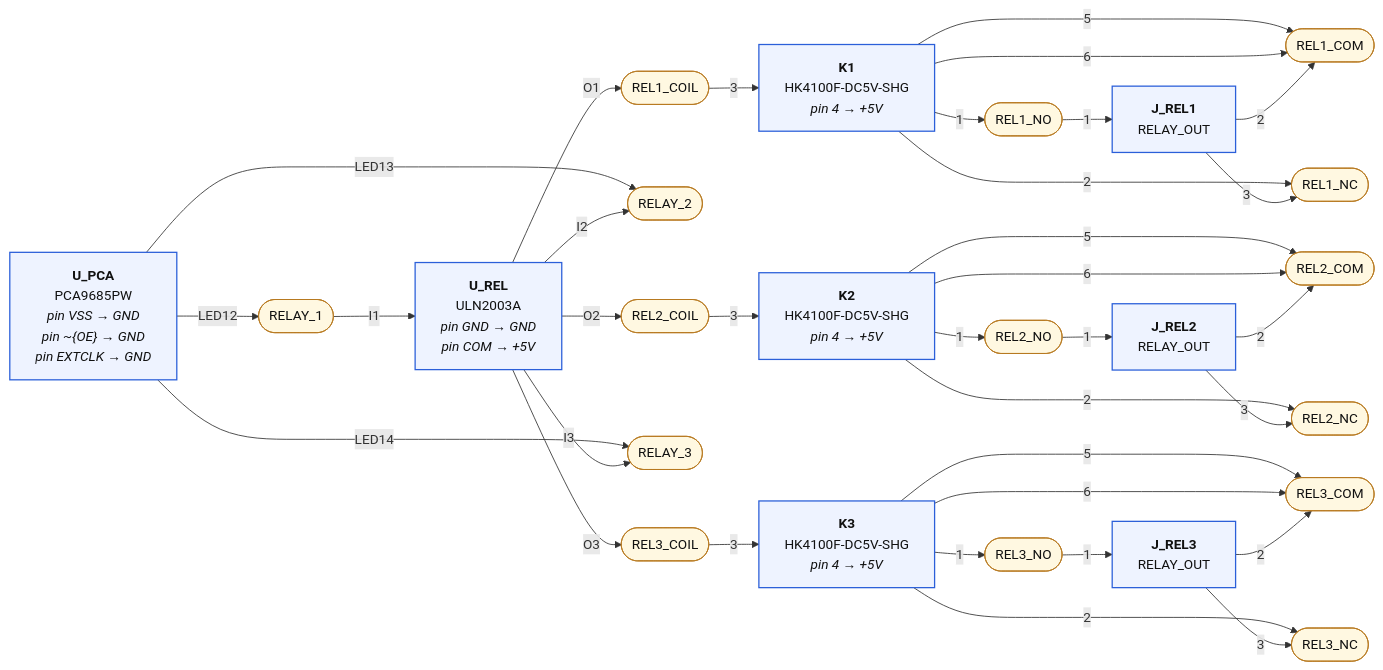
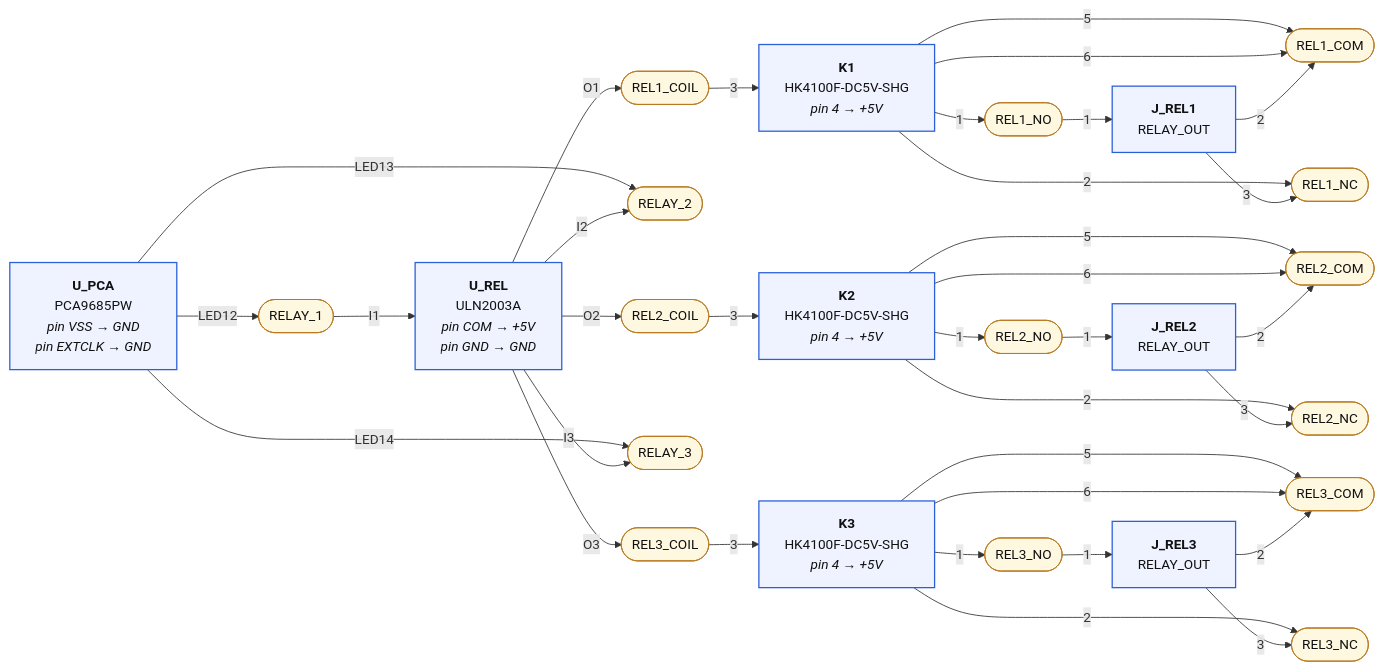
Before and after one commit to mrwillson2u/propmesh: the third of 5 diagrams in hardware/pro/sheets/03-outputs.diagram.md, drawn with Mermaid. The commit also changed other lines of this file and 59 other files, not shown here.

````diff
--- a/hardware/pro/sheets/03-outputs.diagram.md
+++ b/hardware/pro/sheets/03-outputs.diagram.md
@@ -76,66 +140,66 @@
 ```mermaid
 graph LR
   classDef part fill:#eef3ff,stroke:#2b5fd9,stroke-width:1.5px,color:#111
   classDef net fill:#fff8e1,stroke:#b7791f,color:#111
   classDef rail fill:#ffe0b2,stroke:#e65100,stroke-width:3px,color:#111,font-weight:bold
   classDef badnet fill:#ffe0e0,stroke:#c00,stroke-width:3px,color:#111,font-weight:bold
   classDef absent fill:#fff,stroke:#c00,stroke-width:2px,stroke-dasharray:6 4,color:#c00
   classDef extra fill:#ffecec,stroke:#c00,stroke-width:2px,color:#111
   classDef dnp fill:#f5f5f5,stroke:#999,stroke-dasharray:3 3,color:#666
   N_RELAY_1(["RELAY_1"]):::net
-  P_U_PCA["<b>U_PCA</b><br/>PCA9685PW<br/><i>pin VSS → GND</i><br/><i>pin ~{OE} → GND</i><br/><i>pin EXTCLK → GND</i>"]:::part
+  P_U_PCA["<b>U_PCA</b><br/>PCA9685PW<br/><i>pin VSS → GND</i><br/><i>pin EXTCLK → GND</i>"]:::part
   P_U_PCA --"LED12"--> N_RELAY_1
-  P_U_REL["<b>U_REL</b><br/>ULN2003A<br/><i>pin GND → GND</i><br/><i>pin COM → +5V</i>"]:::part
+  P_U_REL["<b>U_REL</b><br/>ULN2003A<br/><i>pin COM → +5V</i><br/><i>pin GND → GND</i>"]:::part
   N_RELAY_1 --"I1"--> P_U_REL
   N_REL1_COIL(["REL1_COIL"]):::net
   P_U_REL --"O1"--> N_REL1_COIL
   P_K1["<b>K1</b><br/>HK4100F-DC5V-SHG<br/><i>pin 4 → +5V</i>"]:::part
   N_REL1_COIL --"3"--> P_K1
   N_REL1_NO(["REL1_NO"]):::net
   P_K1 --"1"--> N_REL1_NO
   P_J_REL1["<b>J_REL1</b><br/>RELAY_OUT"]:::part
   N_REL1_NO --"1"--> P_J_REL1
   N_REL1_COM(["REL1_COM"]):::net
   P_K1 --"5"--> N_REL1_COM
   P_K1 --"6"--> N_REL1_COM
   P_J_REL1 --"2"--> N_REL1_COM
   N_REL1_NC(["REL1_NC"]):::net
   P_K1 --"2"--> N_REL1_NC
   P_J_REL1 --"3"--> N_REL1_NC
   N_RELAY_2(["RELAY_2"]):::net
   P_U_PCA --"LED13"--> N_RELAY_2
   P_U_REL --"I2"--> N_RELAY_2
   N_REL2_COIL(["REL2_COIL"]):::net
   P_U_REL --"O2"--> N_REL2_COIL
   P_K2["<b>K2</b><br/>HK4100F-DC5V-SHG<br/><i>pin 4 → +5V</i>"]:::part
   N_REL2_COIL --"3"--> P_K2
   N_REL2_NO(["REL2_NO"]):::net
   P_K2 --"1"--> N_REL2_NO
   P_J_REL2["<b>J_REL2</b><br/>RELAY_OUT"]:::part
   N_REL2_NO --"1"--> P_J_REL2
   N_REL2_COM(["REL2_COM"]):::net
   P_K2 --"5"--> N_REL2_COM
   P_K2 --"6"--> N_REL2_COM
   P_J_REL2 --"2"--> N_REL2_COM
   N_REL2_NC(["REL2_NC"]):::net
   P_K2 --"2"--> N_REL2_NC
   P_J_REL2 --"3"--> N_REL2_NC
   N_RELAY_3(["RELAY_3"]):::net
   P_U_PCA --"LED14"--> N_RELAY_3
   P_U_REL --"I3"--> N_RELAY_3
   N_REL3_COIL(["REL3_COIL"]):::net
   P_U_REL --"O3"--> N_REL3_COIL
   P_K3["<b>K3</b><br/>HK4100F-DC5V-SHG<br/><i>pin 4 → +5V</i>"]:::part
   N_REL3_COIL --"3"--> P_K3
   N_REL3_NO(["REL3_NO"]):::net
   P_K3 --"1"--> N_REL3_NO
   P_J_REL3["<b>J_REL3</b><br/>RELAY_OUT"]:::part
   N_REL3_NO --"1"--> P_J_REL3
   N_REL3_COM(["REL3_COM"]):::net
   P_K3 --"5"--> N_REL3_COM
   P_K3 --"6"--> N_REL3_COM
   P_J_REL3 --"2"--> N_REL3_COM
   N_REL3_NC(["REL3_NC"]):::net
   P_K3 --"2"--> N_REL3_NC
   P_J_REL3 --"3"--> N_REL3_NC
 ```
````
